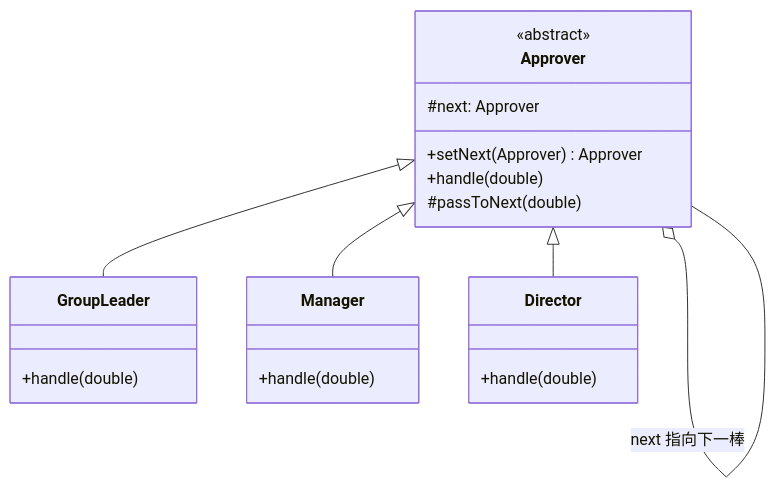
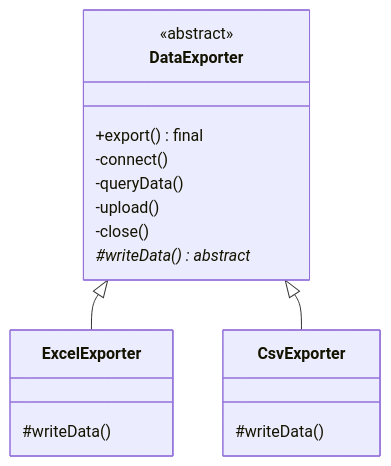
Before and after one commit to ZackKingS/Software-Design-Patterns: the diagram in chapter_17.md, drawn with Mermaid. The commit also changed other lines of this file and 27 other files, not shown here.

````diff
--- a/chapter_17.md
+++ b/chapter_17.md
@@ -111,23 +86,20 @@
 ```mermaid
 classDiagram
-    class Approver {
+    class DataExporter {
         <<abstract>>
-        #next: Approver
-        +setNext(Approver) Approver
-        +handle(double)
-        #passToNext(double)
+        +export() final
+        -connect()
+        -queryData()
+        -upload()
+        -close()
+        #writeData()* abstract
     }
-    class GroupLeader {
-        +handle(double)
+    class ExcelExporter {
+        #writeData()
     }
-    class Manager {
-        +handle(double)
+    class CsvExporter {
+        #writeData()
     }
-    class Director {
-        +handle(double)
-    }
-    Approver <|-- GroupLeader
-    Approver <|-- Manager
-    Approver <|-- Director
-    Approver o-- Approver : next 指向下一棒
+    DataExporter <|-- ExcelExporter
+    DataExporter <|-- CsvExporter
 ```
````
